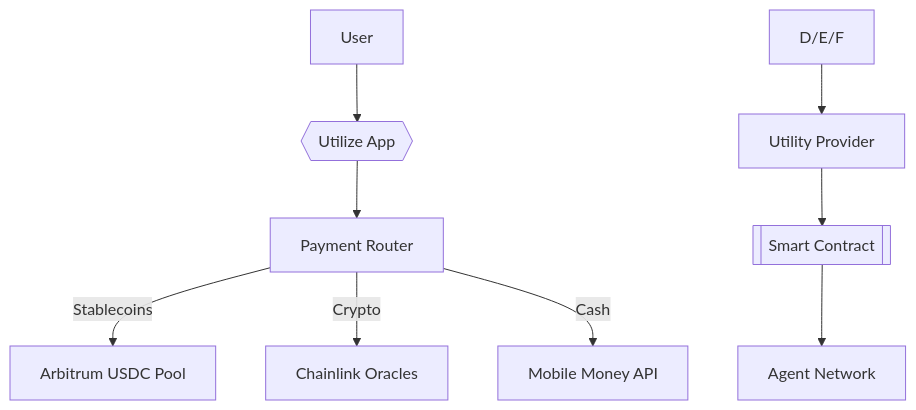
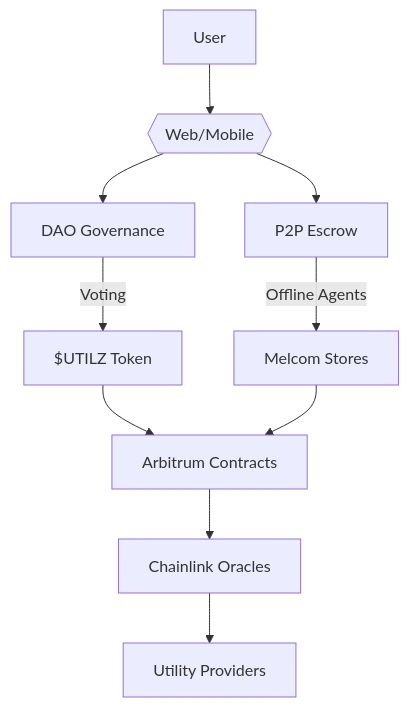
Before and after one commit to UtilizeDAO/docs: the diagram in 4. Architecture.md, drawn with Mermaid. The commit also changed other lines of this file, not shown here.

Commit message:
Update 4. Architecture.md

````diff
--- a/4. Architecture.md
+++ b/4. Architecture.md
@@ -3,12 +3,12 @@
 ```mermaid
 graph TB
-    A[User] --> B{{Utilize App}}
-    B --> C[Payment Router]
-    C -->|Stablecoins| D[Arbitrum USDC Pool]
-    C -->|Crypto| E[Chainlink Oracles]
-    C -->|Cash| F[Mobile Money API]
-    D/E/F --> G[Utility Provider]
-    G --> H[[Smart Contract]]
-    H --> I[Agent Network]
-
+    A[User] --> B{{Web/Mobile}}
+    B --> C[DAO Governance]
+    B --> D[P2P Escrow]
+    C -->|Voting| E[$UTILZ Token]
+    D -->|Offline Agents| F[Melcom Stores]
+    E --> G[Arbitrum Contracts]
+    F --> G
+    G --> H[Chainlink Oracles]
+    H --> I[Utility Providers]
 ```
````
